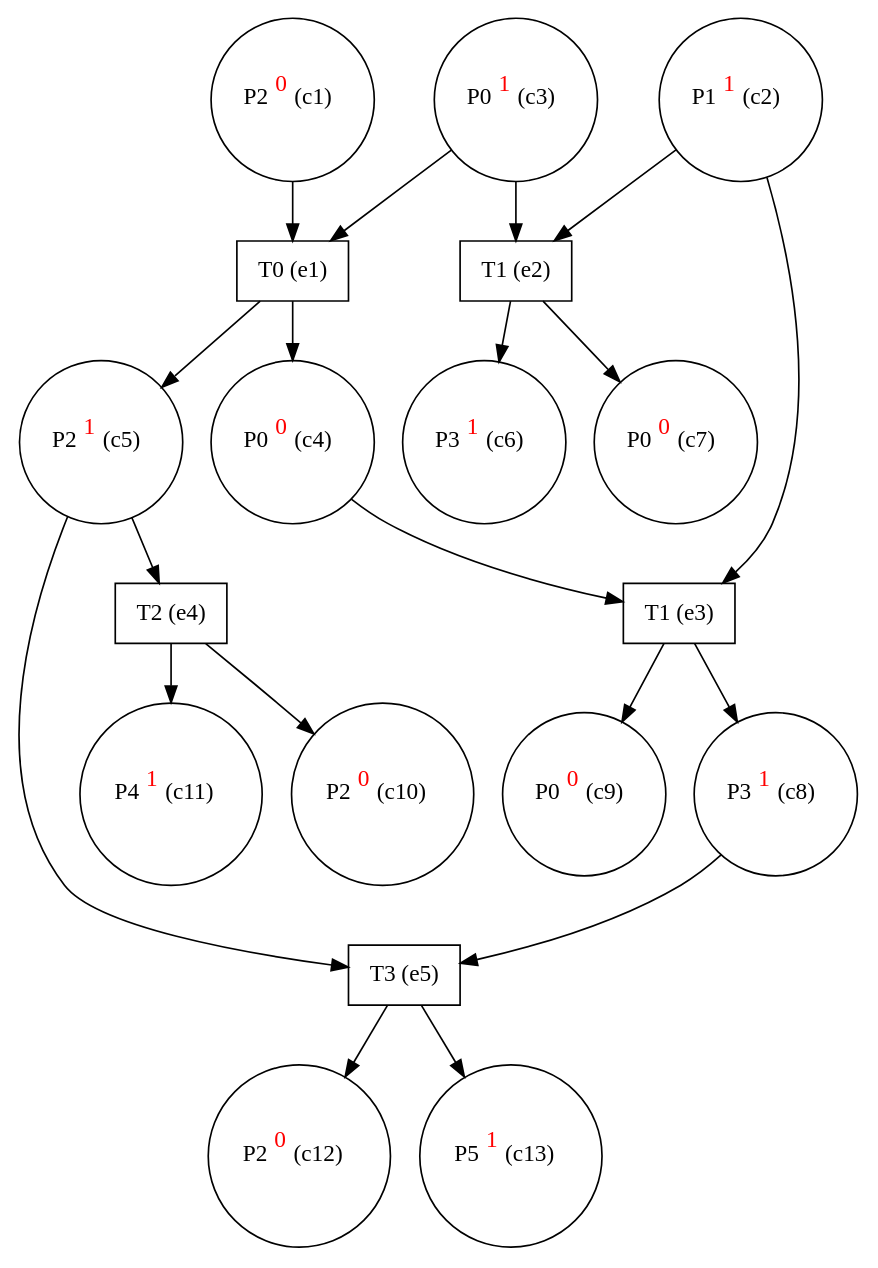
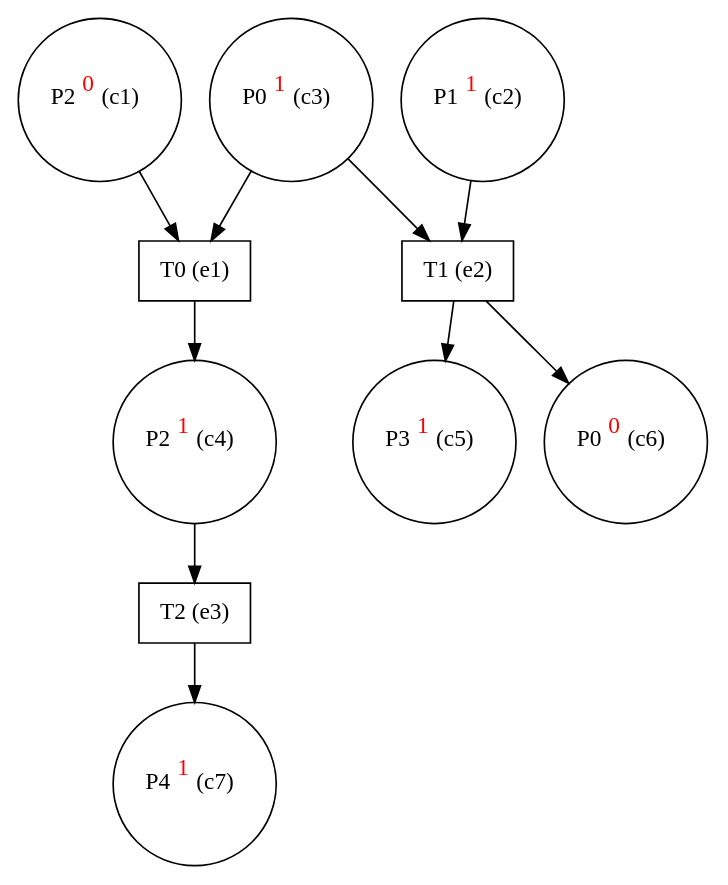
The diagram in small_eg.dot (giannkas/ecofolder), drawn with Graphviz before and after one commit. The commit also changed 13 other files, not shown here.

```diff
--- a/small_eg.dot
+++ b/small_eg.dot
@@ -1,39 +1,21 @@
 digraph test {
   c1 -> e1;
-  c2 -> e3;
   c2 -> e2;
   c3 -> e2;
   c3 -> e1;
   e1 -> c4;
   c4 -> e3;
-  e1 -> c5;
-  c5 -> e5;
-  c5 -> e4;
+  e2 -> c5;
   e2 -> c6;
-  e2 -> c7;
-  e3 -> c8;
-  c8 -> e5;
-  e3 -> c9;
-  e4 -> c10;
-  e4 -> c11;
-  e5 -> c12;
-  e5 -> c13;
+  e3 -> c7;
   c1 [label= <P2<FONT COLOR="red"><SUP>0</SUP></FONT>&nbsp;(c1)> shape=circle];
   c2 [label= <P1<FONT COLOR="red"><SUP>1</SUP></FONT>&nbsp;(c2)> shape=circle];
   c3 [label= <P0<FONT COLOR="red"><SUP>1</SUP></FONT>&nbsp;(c3)> shape=circle];
-  c4 [label= <P0<FONT COLOR="red"><SUP>0</SUP></FONT>&nbsp;(c4)> shape=circle];
-  c5 [label= <P2<FONT COLOR="red"><SUP>1</SUP></FONT>&nbsp;(c5)> shape=circle];
-  c6 [label= <P3<FONT COLOR="red"><SUP>1</SUP></FONT>&nbsp;(c6)> shape=circle];
-  c7 [label= <P0<FONT COLOR="red"><SUP>0</SUP></FONT>&nbsp;(c7)> shape=circle];
-  c8 [label= <P3<FONT COLOR="red"><SUP>1</SUP></FONT>&nbsp;(c8)> shape=circle];
-  c9 [label= <P0<FONT COLOR="red"><SUP>0</SUP></FONT>&nbsp;(c9)> shape=circle];
-  c10 [label= <P2<FONT COLOR="red"><SUP>0</SUP></FONT>&nbsp;(c10)> shape=circle];
-  c11 [label= <P4<FONT COLOR="red"><SUP>1</SUP></FONT>&nbsp;(c11)> shape=circle];
-  c12 [label= <P2<FONT COLOR="red"><SUP>0</SUP></FONT>&nbsp;(c12)> shape=circle];
-  c13 [label= <P5<FONT COLOR="red"><SUP>1</SUP></FONT>&nbsp;(c13)> shape=circle];
+  c4 [label= <P2<FONT COLOR="red"><SUP>1</SUP></FONT>&nbsp;(c4)> shape=circle];
+  c5 [label= <P3<FONT COLOR="red"><SUP>1</SUP></FONT>&nbsp;(c5)> shape=circle];
+  c6 [label= <P0<FONT COLOR="red"><SUP>0</SUP></FONT>&nbsp;(c6)> shape=circle];
+  c7 [label= <P4<FONT COLOR="red"><SUP>1</SUP></FONT>&nbsp;(c7)> shape=circle];
   e1 [label="T0 (e1)" shape=box];
   e2 [label="T1 (e2)" shape=box];
-  e3 [label="T1 (e3)" shape=box];
-  e4 [label="T2 (e4)" shape=box];
-  e5 [label="T3 (e5)" shape=box];
+  e3 [label="T2 (e3)" shape=box];
 }
```
